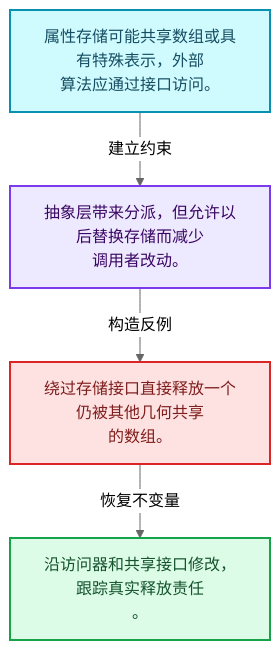
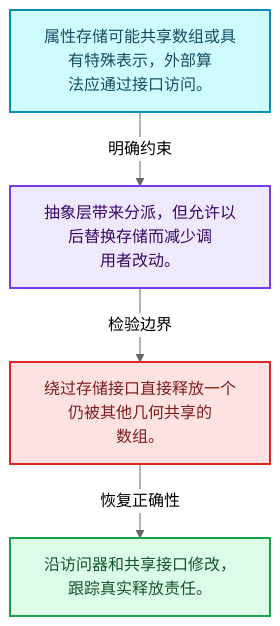
Before and after one commit to yunkezengren/blender-.vscode: the first of 4 diagrams in 杂/markdown/全面学习-codex/05-几何存储与拓扑映射/10-布局兼容与几何实战.md, drawn with Mermaid (neutral theme). The commit also changed other lines of this file and 1930 other files, not shown here.

````diff
--- a/杂/markdown/全面学习-codex/05-几何存储与拓扑映射/10-布局兼容与几何实战.md
+++ b/杂/markdown/全面学习-codex/05-几何存储与拓扑映射/10-布局兼容与几何实战.md
@@ -29,16 +29,16 @@
 ```mermaid
 flowchart TB
-  M["属性存储可能共享数组或具有特殊表示，外部<br/>算法应通过接口访问。"]:::data
-  T["抽象层带来分派，但允许以后替换存储而减少<br/>调用者改动。"]:::abstraction
-  X["绕过存储接口直接释放一个仍被其他几何共享<br/>的数组。"]:::error
-  A["沿访问器和共享接口修改，跟踪真实释放责任<br/>。"]:::result
-  M -->|"建立约束"| T
-  T -->|"构造反例"| X
-  X -->|"恢复不变量"| A
+  M["属性存储可能共享数组或具有特殊表示，外部算<br/>法应通过接口访问。"]:::data
+  C["抽象层带来分派，但允许以后替换存储而减少调<br/>用者改动。"]:::abstraction
+  B["绕过存储接口直接释放一个仍被其他几何共享的<br/>数组。"]:::error
+  R["沿访问器和共享接口修改，跟踪真实释放责任。"]:::result
+  M -->|"明确约束"| C
+  C -->|"检验边界"| B
+  B -->|"恢复正确性"| R
   classDef input fill:#DBEAFE,stroke:#2563EB,color:#172554,stroke-width:2px;
   classDef data fill:#CFFAFE,stroke:#0891B2,color:#164E63,stroke-width:2px;
   classDef abstraction fill:#EDE9FE,stroke:#7C3AED,color:#3B0764,stroke-width:2px;
   classDef compute fill:#FEF3C7,stroke:#D97706,color:#78350F,stroke-width:2px;
   classDef result fill:#DCFCE7,stroke:#16A34A,color:#14532D,stroke-width:2px;
   classDef error fill:#FEE2E2,stroke:#DC2626,color:#7F1D1D,stroke-width:2px;
 ```
````
